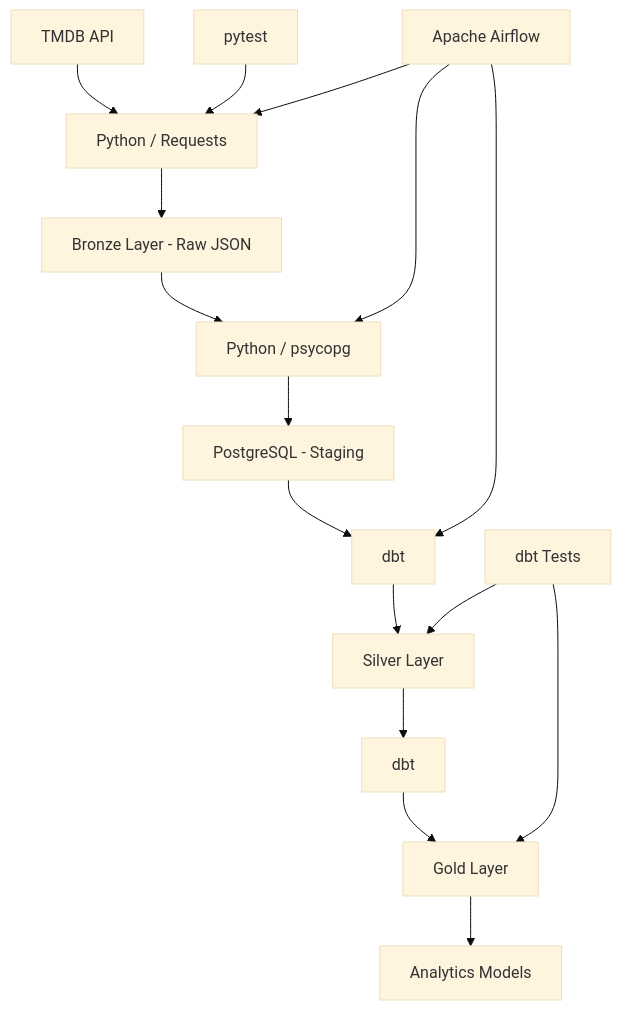
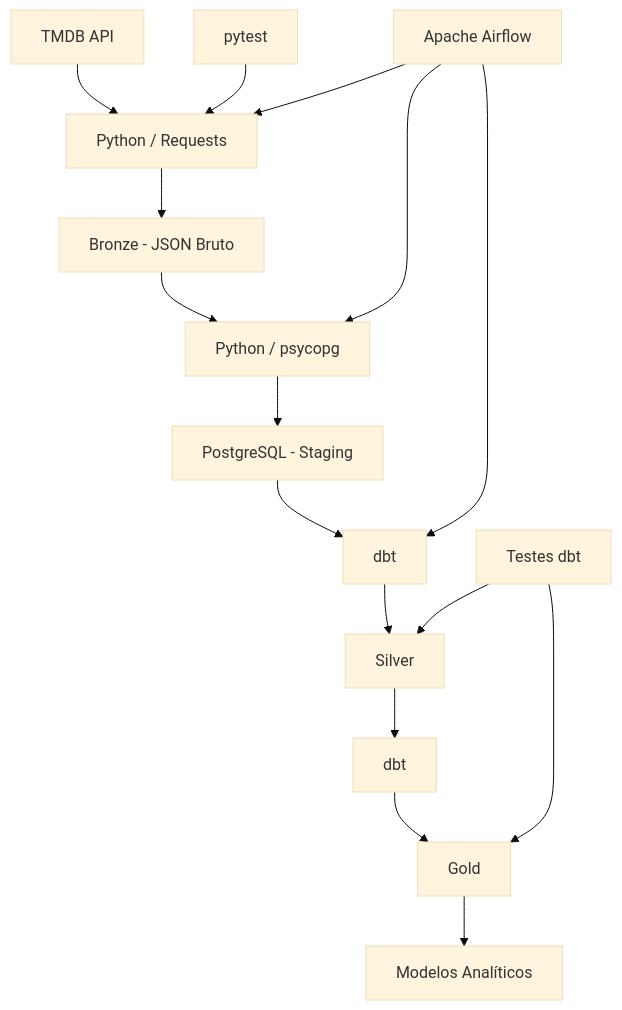
Before and after one commit to pedro-ramoss/movie-data-warehouse: the first of 2 diagrams in README.md, drawn with Mermaid (base theme). The commit also changed other lines of this file, not shown here.

Commit message:
docs: document movie data warehouse architecture

````diff
--- a/README.md
+++ b/README.md
@@ -46,20 +46,20 @@
 ```mermaid
 flowchart TD
     A[TMDB API] --> B[Python / Requests]
-    B --> C[Bronze Layer - Raw JSON]
+    B --> C[Bronze - JSON Bruto]
     C --> D[Python / psycopg]
     D --> E[PostgreSQL - Staging]
     E --> F[dbt]
-    F --> G[Silver Layer]
+    F --> G[Silver]
     G --> H[dbt]
-    H --> I[Gold Layer]
-    I --> J[Analytics Models]
+    H --> I[Gold]
+    I --> J[Modelos Analíticos]
 
     K[Apache Airflow] --> B
     K --> D
     K --> F
 
     L[pytest] --> B
-    M[dbt Tests] --> G
+    M[Testes dbt] --> G
     M --> I
 ```
````
